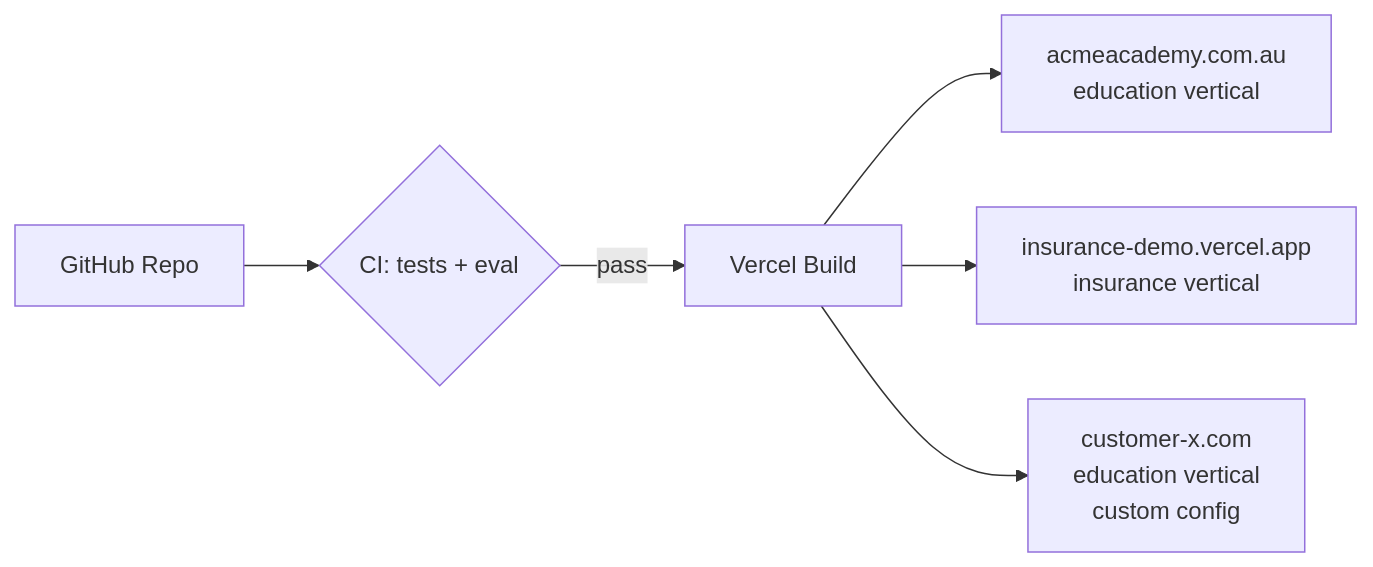
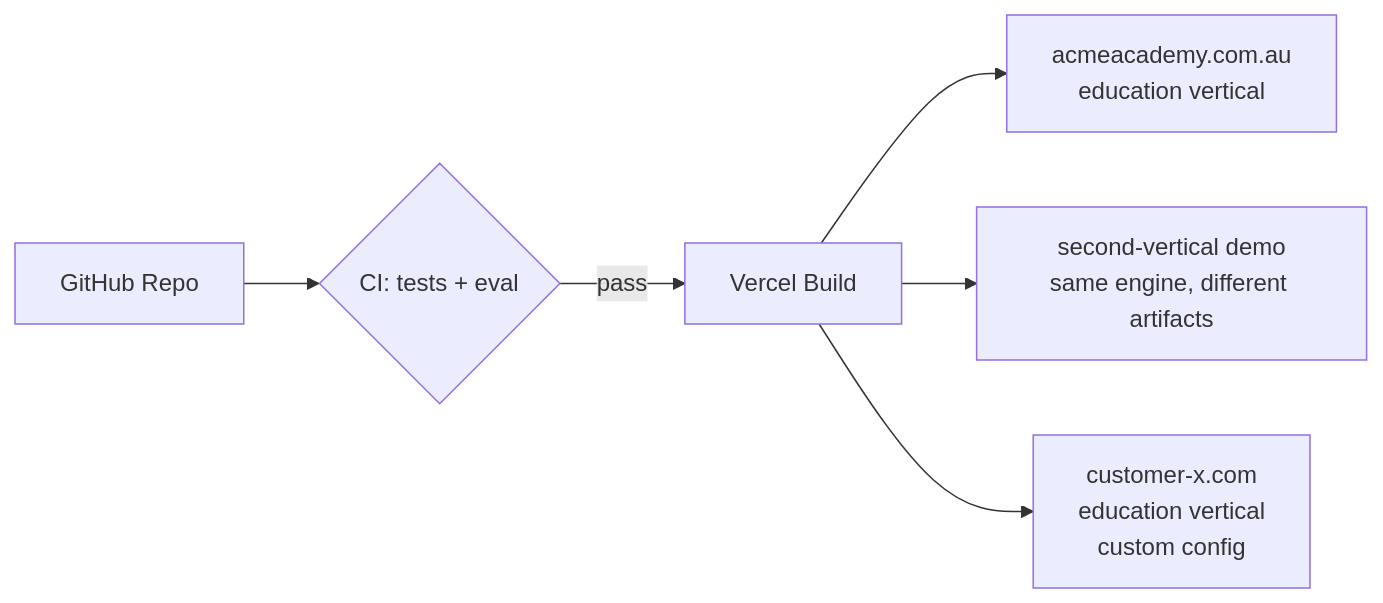
Before and after one commit to Star4future/langgraph-platform: the third of 3 diagrams in ARCHITECTURE.md, drawn with Mermaid. The commit also changed other lines of this file and 6 other files, not shown here.

First line of the commit message:
feat: CI pipeline, durable Postgres checkpointer, roadmap wording

````diff
--- a/ARCHITECTURE.md
+++ b/ARCHITECTURE.md
@@ -302,8 +302,8 @@
 ```mermaid
 graph LR
     Repo[GitHub Repo] --> CI{CI: tests + eval}
     CI -->|pass| Vercel[Vercel Build]
     Vercel --> Prod1[acmeacademy.com.au<br/>education vertical]
-    Vercel --> Prod2[insurance-demo.vercel.app<br/>insurance vertical]
+    Vercel --> Prod2[second-vertical demo<br/>same engine, different artifacts]
     Vercel --> Prod3[customer-x.com<br/>education vertical<br/>custom config]
 ```
````
